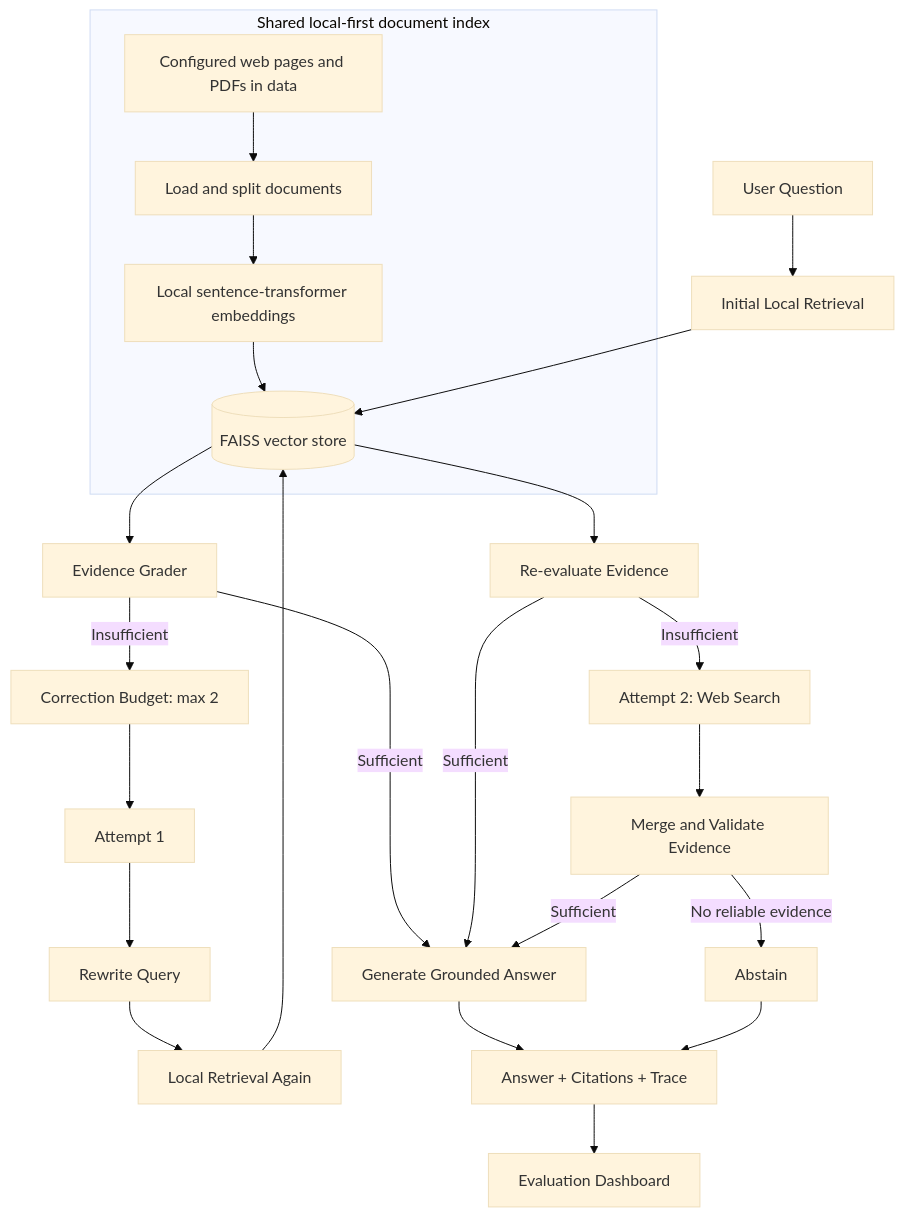
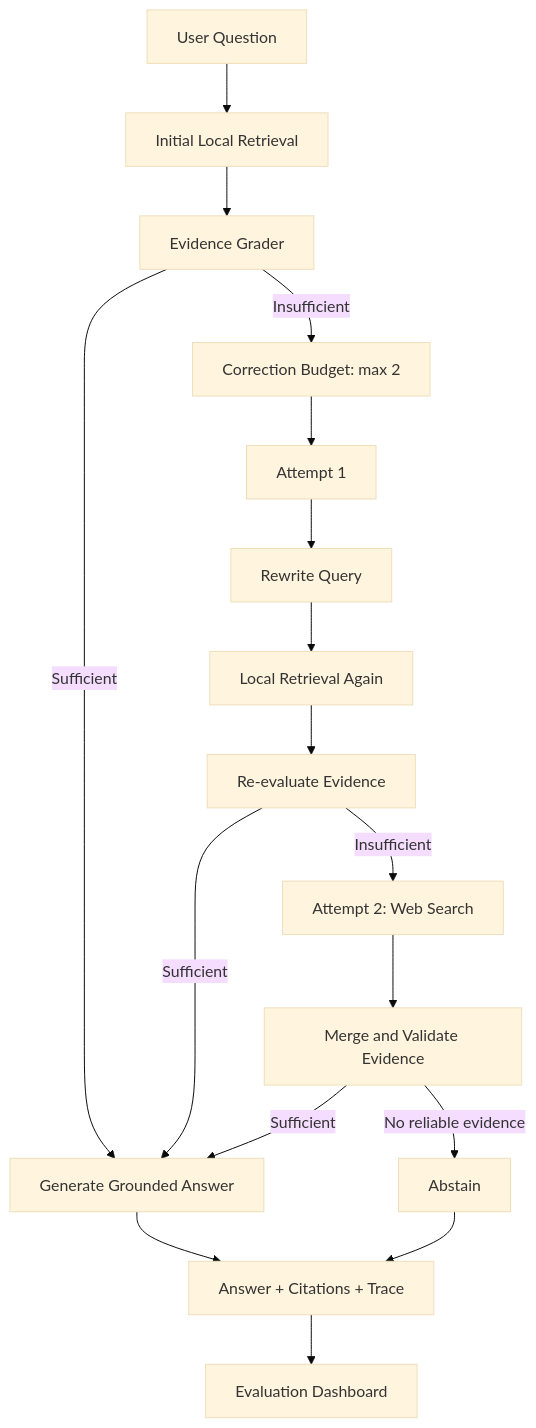
Before and after one commit to proindra/prompt_mini_project: the diagram in README.md, drawn with Mermaid (base theme).

Commit message:
Match README diagram to strict retrieval flow

````diff
--- a/README.md
+++ b/README.md
@@ -149,31 +149,20 @@
 ```mermaid
 flowchart TD
     Q[User Question] --> RET1[Initial Local Retrieval]
-
-    subgraph SharedIndex[Shared local-first document index]
-        SRC[Configured web pages and PDFs in data]
-        PROC[Load and split documents]
-        EMB[Local sentence-transformer embeddings]
-        V[(FAISS vector store)]
-        SRC --> PROC --> EMB --> V
-    end
-
-    RET1 --> V
-    V --> GRADE1[Evidence Grader]
+    RET1 --> GRADE1[Evidence Grader]
     GRADE1 -->|Sufficient| GEN[Generate Grounded Answer]
     GRADE1 -->|Insufficient| BUDGET[Correction Budget: max 2]
     BUDGET --> ATTEMPT1[Attempt 1]
     ATTEMPT1 --> REWRITE[Rewrite Query]
     REWRITE --> RET2[Local Retrieval Again]
-    RET2 --> V
-    V --> GRADE2[Re-evaluate Evidence]
+    RET2 --> GRADE2[Re-evaluate Evidence]
     GRADE2 -->|Sufficient| GEN
     GRADE2 -->|Insufficient| ATTEMPT2[Attempt 2: Web Search]
     ATTEMPT2 --> MERGE[Merge and Validate Evidence]
     MERGE -->|Sufficient| GEN
     MERGE -->|No reliable evidence| ABSTAIN[Abstain]
 
     GEN --> RESULT[Answer + Citations + Trace]
     ABSTAIN --> RESULT
     RESULT --> EVAL[Evaluation Dashboard]
 ```
````
